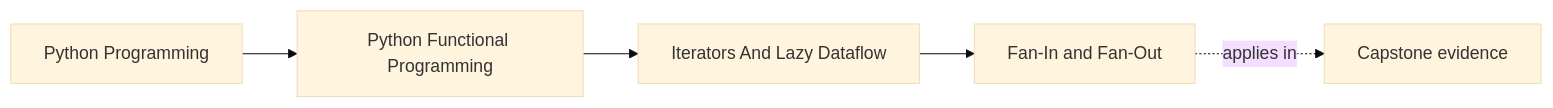
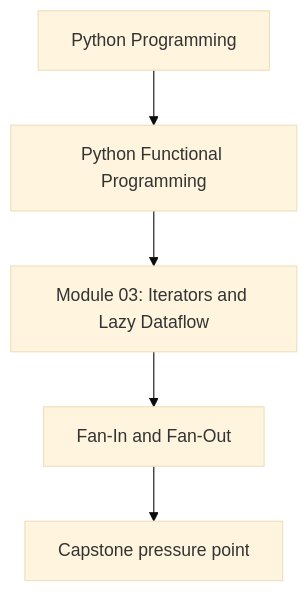
Before and after one commit to bijux/bijux-masterclass: the first of 2 diagrams in programs/python-programming/python-functional-programming/course-book/module-03-iterators-and-lazy-dataflow/fan-in-and-fan-out.md, drawn with Mermaid (base theme). The commit also changed other lines of this file and 118 other files, not shown here.

Commit message:
docs(python-functional-programming): align concept page diagrams

````diff
--- a/programs/python-programming/python-functional-programming/course-book/module-03-iterators-and-lazy-dataflow/fan-in-and-fan-out.md
+++ b/programs/python-programming/python-functional-programming/course-book/module-03-iterators-and-lazy-dataflow/fan-in-and-fan-out.md
@@ -7,11 +7,7 @@
 ```mermaid
-graph LR
-  family["Python Programming"]
-  program["Python Functional Programming"]
-  section["Iterators And Lazy Dataflow"]
-  page["Fan-In and Fan-Out"]
-  capstone["Capstone evidence"]
-
-  family --> program --> section --> page
-  page -.applies in.-> capstone
+flowchart TD
+  family["Python Programming"] --> program["Python Functional Programming"]
+  program --> module["Module 03: Iterators and Lazy Dataflow"]
+  module --> concept["Fan-In and Fan-Out"]
+  concept --> capstone["Capstone pressure point"]
 ```
````
